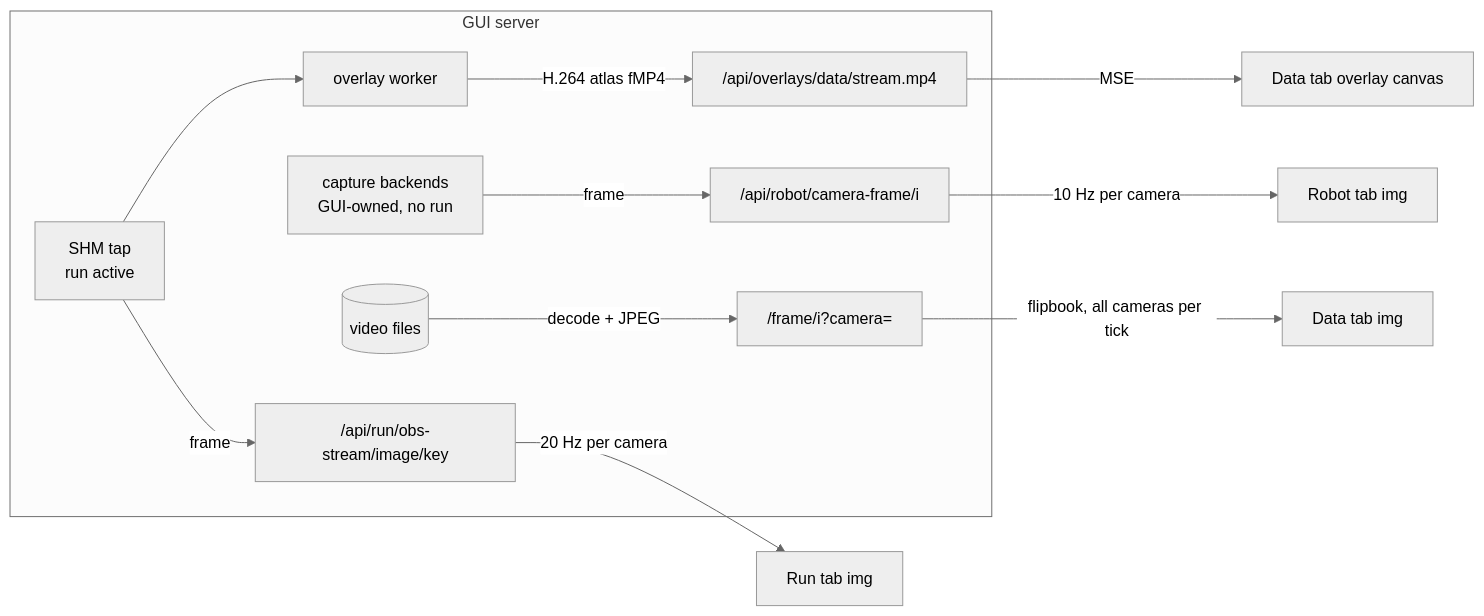
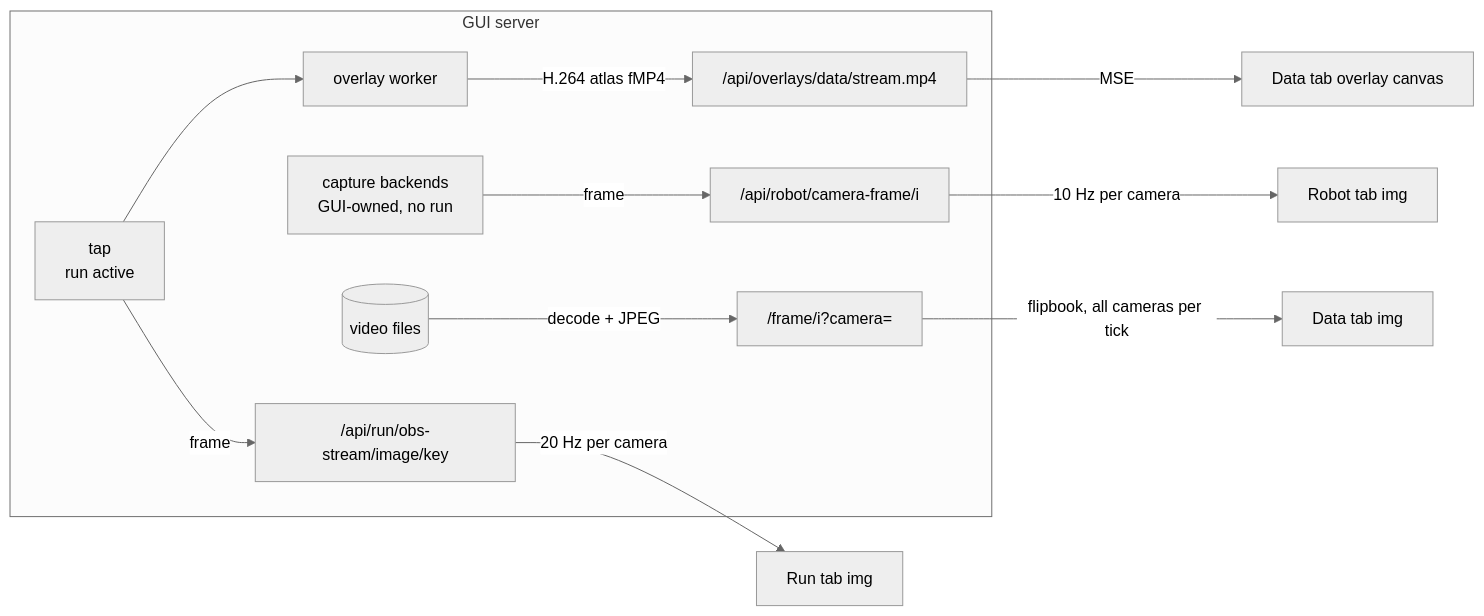
The sixth of 9 diagrams in src/lerobot/gui/docs/camera_video_transport.md (TheWisp/lerobot), drawn with Mermaid (neutral theme) before and after one commit. The commit also changed other lines of this file, not shown here.

````diff
--- a/src/lerobot/gui/docs/camera_video_transport.md
+++ b/src/lerobot/gui/docs/camera_video_transport.md
@@ -297,13 +509,13 @@
 ```mermaid
 flowchart LR
   subgraph server[GUI server]
     dev["capture backends<br/>GUI-owned, no run"] -->|frame| rp["/api/robot/camera-frame/i"]
-    shm["SHM tap<br/>run active"] -->|frame| ru["/api/run/obs-stream/image/key"]
+    shm["tap<br/>run active"] -->|frame| ru["/api/run/obs-stream/image/key"]
     vid[(video files)] -->|decode + JPEG| dt["/frame/i?camera="]
     shm --> ov[overlay worker] -->|H.264 atlas fMP4| os["/api/overlays/data/stream.mp4"]
   end
   rp -->|10 Hz per camera| robot[Robot tab img]
   ru -->|20 Hz per camera| run[Run tab img]
   dt -->|flipbook, all cameras per tick| data[Data tab img]
   os -->|MSE| datao[Data tab overlay canvas]
 ```
````
